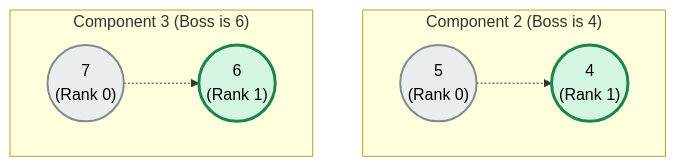
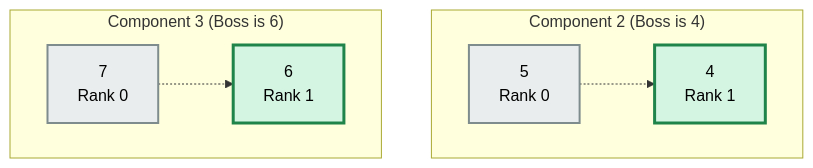
Before and after one commit to muntasir24/DSA_Practice: diagram 16 of 36 in Graph/DSU_README.md, drawn with Mermaid. The commit also changed other lines of this file, not shown here.

````diff
--- a/Graph/DSU_README.md
+++ b/Graph/DSU_README.md
@@ -652,17 +652,17 @@
 ```mermaid
 graph TD
     subgraph Component_2__Boss_is_4_ ["Component 2 (Boss is 4)"]
-        4(("4<br>(Rank 1)")):::boss
-        5(("5<br>(Rank 0)")):::child
+        4["4<br>Rank 1"]:::boss
+        5["5<br>Rank 0"]:::child
         5 -.-> 4
     end
 
     subgraph Component_3__Boss_is_6_ ["Component 3 (Boss is 6)"]
-        6(("6<br>(Rank 1)")):::boss
-        7(("7<br>(Rank 0)")):::child
+        6["6<br>Rank 1"]:::boss
+        7["7<br>Rank 0"]:::child
         7 -.-> 6
     end
 
     classDef boss fill:#D5F5E3,stroke:#1E8449,stroke-width:3px,color:#000000;
     classDef child fill:#EAEDED,stroke:#7F8C8D,stroke-width:2px,color:#000000;
 ```
````
